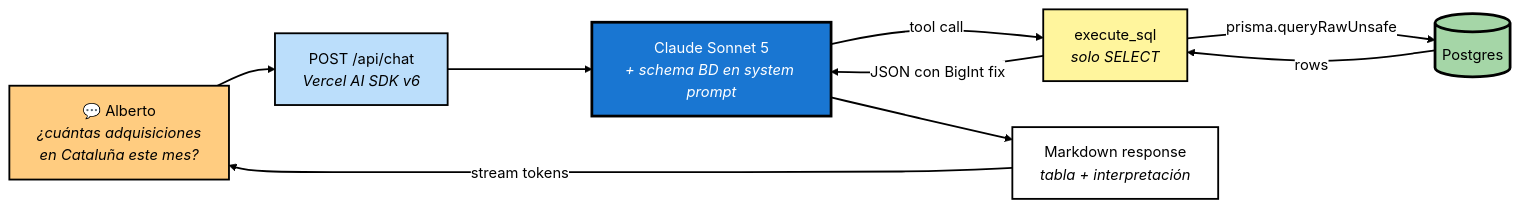
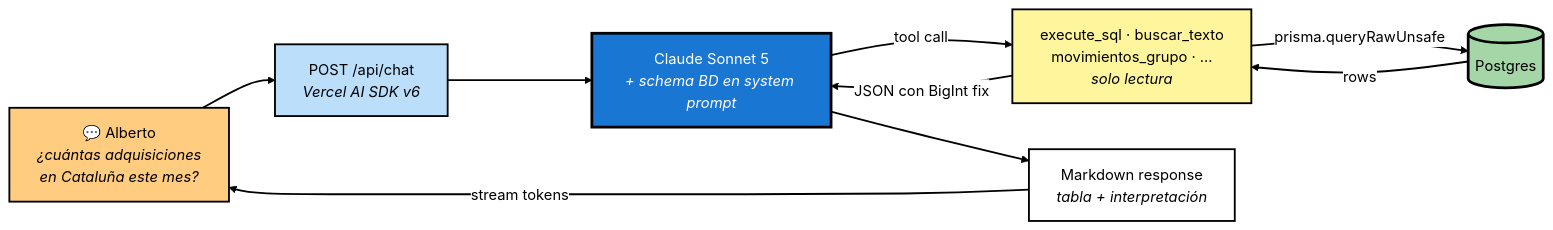
One commit to albertofontiber/war-room changed the sixth of 7 diagrams in docs/ARCHITECTURE.md. Above: the diagram before and after it, drawn with Mermaid (neutral theme). The commit also changed other lines of this file and 12 other files, not shown here.

````diff
--- a/docs/ARCHITECTURE.md
+++ b/docs/ARCHITECTURE.md
@@ -411,20 +411,20 @@
 ```mermaid
 flowchart LR
     User[💬 Alberto<br><i>¿cuántas adquisiciones<br>en Cataluña este mes?</i>] --> Stream[POST /api/chat<br><i>Vercel AI SDK v6</i>]
     Stream --> Claude[Claude Sonnet 5<br><i>+ schema BD en system prompt</i>]
-    Claude -->|tool call| Tool[execute_sql<br><i>solo SELECT</i>]
+    Claude -->|tool call| Tool[execute_sql · buscar_texto<br>movimientos_grupo · …<br><i>solo lectura</i>]
     Tool -->|prisma.queryRawUnsafe| DB[(Postgres)]
     DB -->|rows| Tool
     Tool -->|JSON con BigInt fix| Claude
     Claude --> Format[Markdown response<br><i>tabla + interpretación</i>]
     Format -->|stream tokens| User
 
     style User fill:#ffcc80,stroke:#000000,color:#000000,stroke-width:2px
     style Stream fill:#bbdefb,stroke:#000000,color:#000000,stroke-width:2px
     style Claude fill:#1976d2,stroke:#000000,color:#ffffff,stroke-width:3px
     style Tool fill:#fff59d,stroke:#000000,color:#000000,stroke-width:2px
     style DB fill:#a5d6a7,stroke:#000000,color:#000000,stroke-width:3px
     style Format fill:#ffffff,stroke:#000000,color:#000000,stroke-width:2px
 
     linkStyle default stroke:#000000,stroke-width:2px
 ```
````
